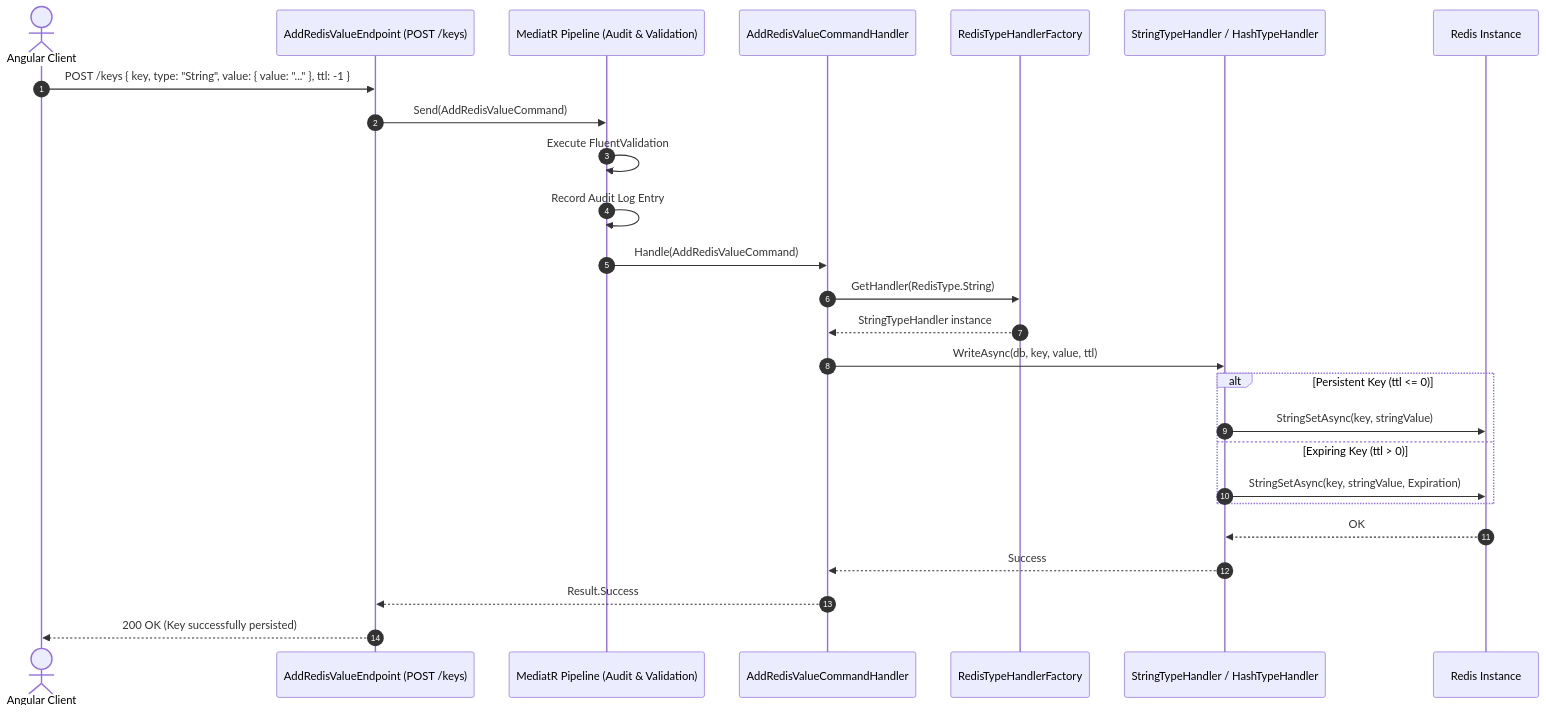
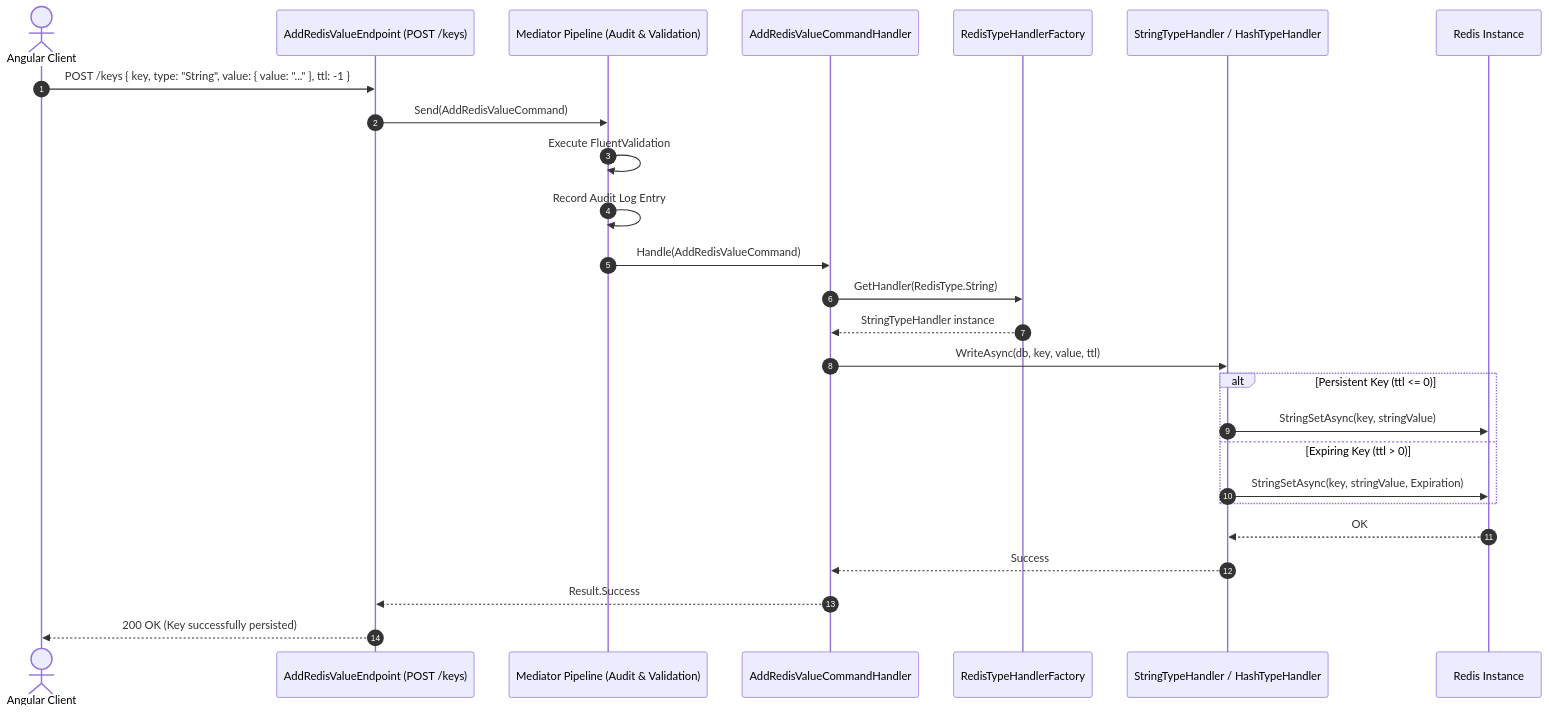
The third of 3 diagrams in docs/architecture.md (dellik95/redis-gui), drawn with Mermaid before and after one commit. The commit also changed other lines of this file and 136 other files, not shown here.

Commit message:
Organize features and run request validation through mediator

````diff
--- a/docs/architecture.md
+++ b/docs/architecture.md
@@ -164,29 +164,29 @@
 ```mermaid
 sequenceDiagram
     autonumber
     actor User as Angular Client
     participant API as AddRedisValueEndpoint (POST /keys)
-    participant MediatR as MediatR Pipeline (Audit & Validation)
+    participant Mediator as Mediator Pipeline (Audit & Validation)
     participant CmdHandler as AddRedisValueCommandHandler
     participant Factory as RedisTypeHandlerFactory
     participant Handler as StringTypeHandler / HashTypeHandler
     participant Redis as Redis Instance
 
     User->>API: POST /keys { key, type: "String", value: { value: "..." }, ttl: -1 }
-    API->>MediatR: Send(AddRedisValueCommand)
-    MediatR->>MediatR: Execute FluentValidation
-    MediatR->>MediatR: Record Audit Log Entry
-    MediatR->>CmdHandler: Handle(AddRedisValueCommand)
+    API->>Mediator: Send(AddRedisValueCommand)
+    Mediator->>Mediator: Execute FluentValidation
+    Mediator->>Mediator: Record Audit Log Entry
+    Mediator->>CmdHandler: Handle(AddRedisValueCommand)
     CmdHandler->>Factory: GetHandler(RedisType.String)
     Factory-->>CmdHandler: StringTypeHandler instance
     CmdHandler->>Handler: WriteAsync(db, key, value, ttl)
     alt Persistent Key (ttl <= 0)
         Handler->>Redis: StringSetAsync(key, stringValue)
     else Expiring Key (ttl > 0)
         Handler->>Redis: StringSetAsync(key, stringValue, Expiration)
     end
     Redis-->>Handler: OK
     Handler-->>CmdHandler: Success
     CmdHandler-->>API: Result.Success
     API-->>User: 200 OK (Key successfully persisted)
 ```
````
